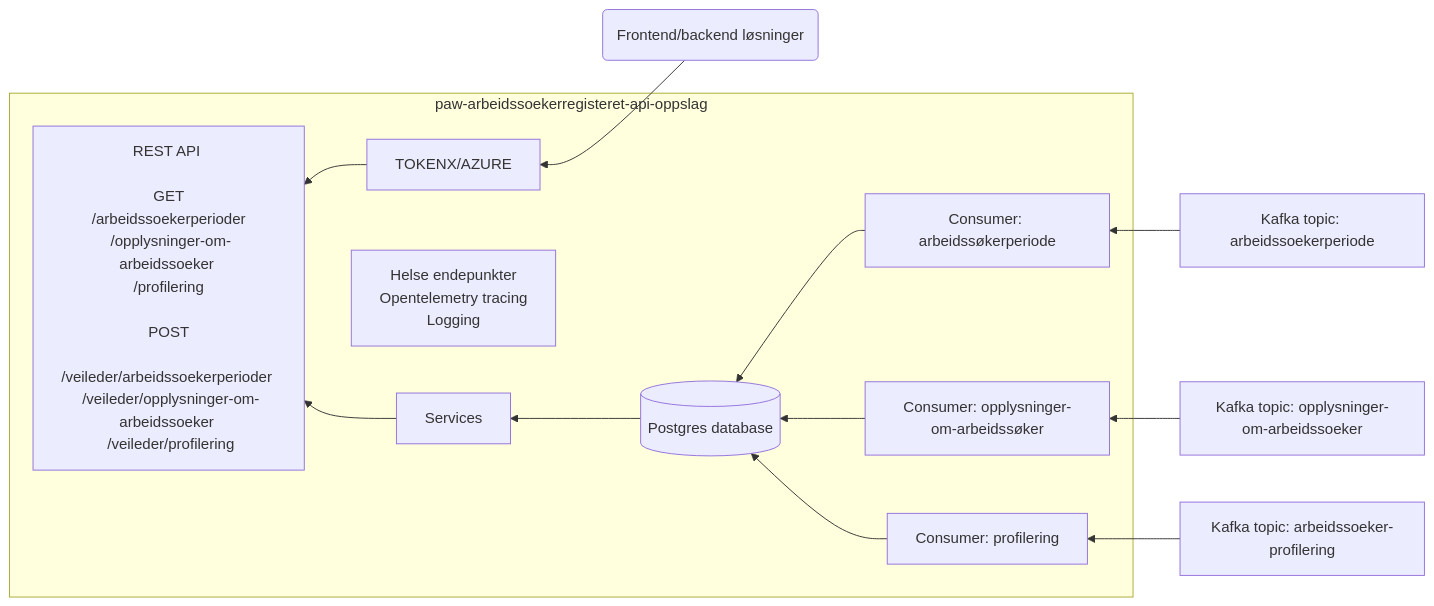
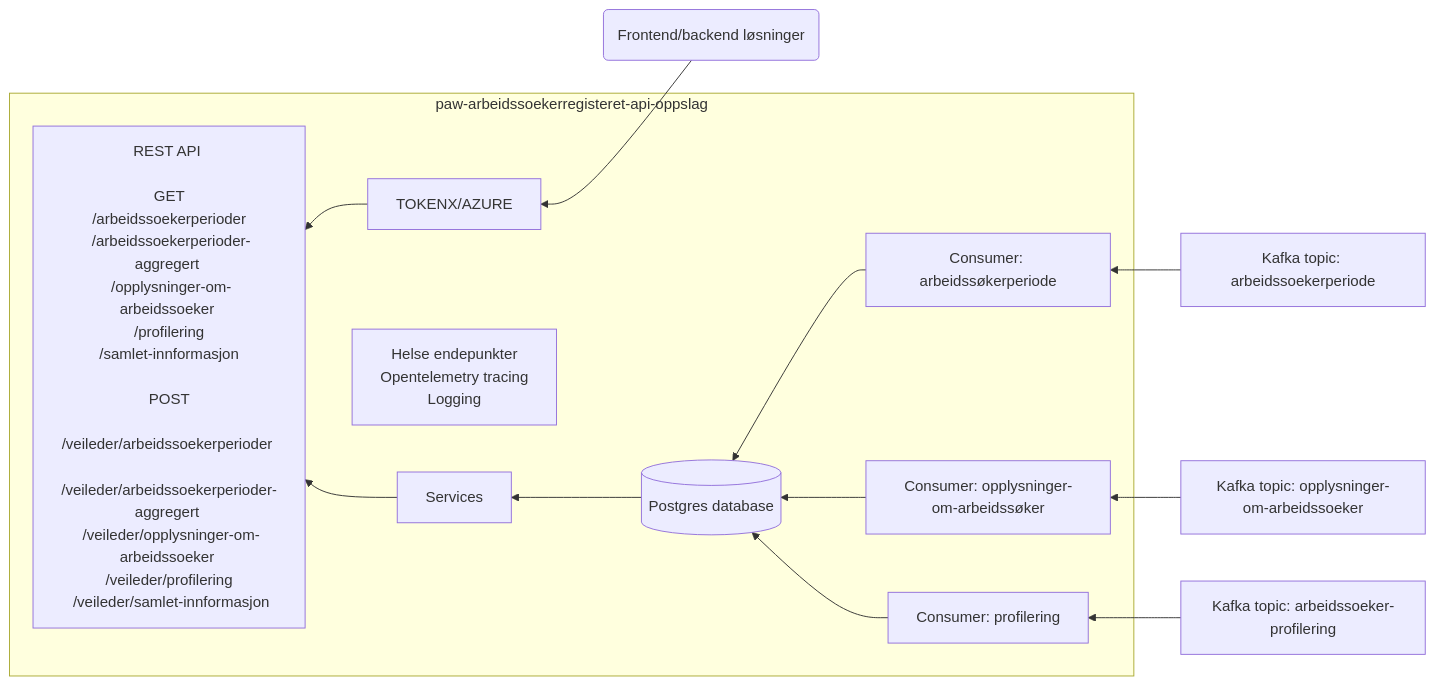
One commit to navikt/paw-arbeidssoekerregisteret-monorepo-ekstern changed the diagram in apps/oppslag-api/README.md. Above: the diagram before and after it, drawn with Mermaid. The commit also changed other lines of this file and 12 other files, not shown here.

First line of the commit message:
Legger til nytt endepunkt for bruker og veileder "/arbeidssoekerperioder-aggregert"

````diff
--- a/apps/oppslag-api/README.md
+++ b/apps/oppslag-api/README.md
@@ -11,28 +11,28 @@
 ```mermaid
 flowchart RL;
     A(Frontend/backend løsninger);
     subgraph paw-arbeidssoekerregisteret-api-oppslag
         B[TOKENX/AZURE];
-        id1[REST API <br/> <br/> GET <br/> /arbeidssoekerperioder <br/> /opplysninger-om-arbeidssoeker <br/> /profilering <br/> <br/> POST <br/> /veileder/arbeidssoekerperioder <br/> /veileder/opplysninger-om-arbeidssoeker <br/> /veileder/profilering];
+        id1[REST API <br/> <br/> GET <br/> /arbeidssoekerperioder <br/> /arbeidssoekerperioder-aggregert <br/> /opplysninger-om-arbeidssoeker <br/> /profilering <br/> /samlet-innformasjon <br/> <br/> POST <br/> /veileder/arbeidssoekerperioder <br/> /veileder/arbeidssoekerperioder-aggregert <br/> /veileder/opplysninger-om-arbeidssoeker <br/> /veileder/profilering <br/> /veileder/samlet-innformasjon];
         id2[Helse endepunkter <br/> Opentelemetry tracing <br/> Logging];
         C[Services];
         D[(Postgres database)];
         E[Consumer: arbeidssøkerperiode];
         F[Consumer: opplysninger-om-arbeidssøker];
         G[Consumer: profilering];
     end;
     H[Kafka topic: arbeidssoekerperiode];
     I[Kafka topic: opplysninger-om-arbeidssoeker];
     J[Kafka topic: arbeidssoeker-profilering];
     A-->B;
     B-->id1;
     id2~~~id1
     C-->id1;
     D-->C
     E-->D
     F-->D;
     G-->D;
     J-->G;
     I-->F;
     H-->E;
 ```
````
